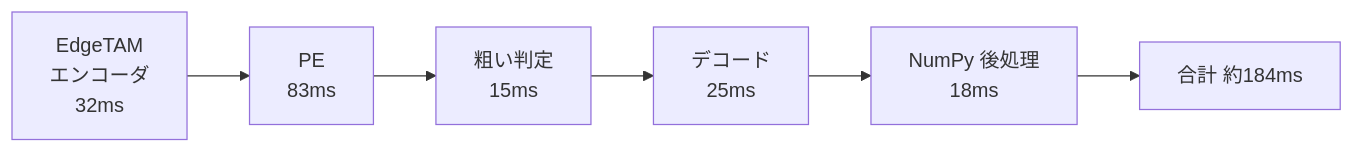
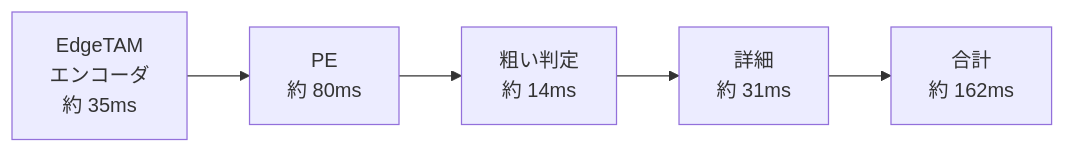
The third of 3 diagrams in docs/overview.md (fklg-64/pe_anything_detect), drawn with Mermaid before and after one commit. The commit also changed other lines of this file and 46 other files, not shown here.

````diff
--- a/docs/overview.md
+++ b/docs/overview.md
@@ -135,4 +136,4 @@
 ```mermaid
 flowchart LR
-    A["EdgeTAM<br/>エンコーダ<br/>32ms"] --> B["PE<br/>83ms"] --> C["粗い判定<br/>15ms"] --> D["デコード<br/>25ms"] --> E["NumPy 後処理<br/>18ms"] --> F["合計 約184ms"]
+    A["EdgeTAM<br/>エンコーダ<br/>約 35ms"] --> B["PE<br/>約 80ms"] --> C["粗い判定<br/>約 14ms"] --> D["詳細<br/>約 31ms"] --> E["合計<br/>約 162ms"]
 ```
````
